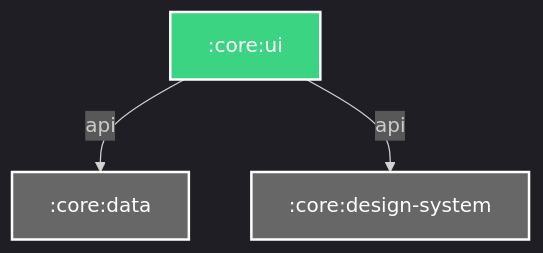
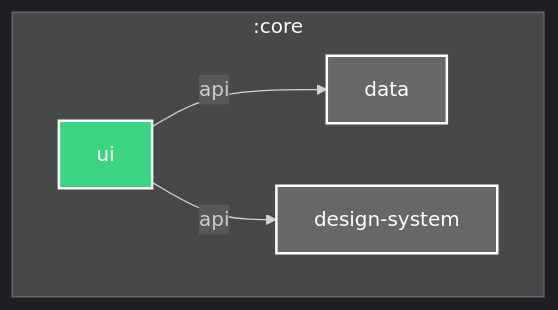
The diagram in core/ui/README.md (Dussim/cv-app), drawn with Mermaid before and after one commit. The commit also changed 24 other files, not shown here.

Commit message:
Update READMEs with module hierarchy graphs, refactor Gradle configurations, and bump dependencies

````diff
--- a/core/ui/README.md
+++ b/core/ui/README.md
@@ -3,18 +3,24 @@
 ```mermaid
 %%{
   init: {
     'theme': 'dark'
   }
 }%%
 
 graph TB
+  subgraph :core
+    :core:ui["ui"]
+    :core:data["data"]
+    :core:design-system["design-system"]
+  end
+
   :core:ui -- api --> :core:data
   :core:ui -- api --> :core:design-system
 
 classDef android-library fill:#3BD482,stroke:#fff,stroke-width:2px,color:#fff;
 classDef unknown fill:#676767,stroke:#fff,stroke-width:2px,color:#fff;
 class :core:ui android-library
 class :core:data unknown
 class :core:design-system unknown
 
 ```
````
